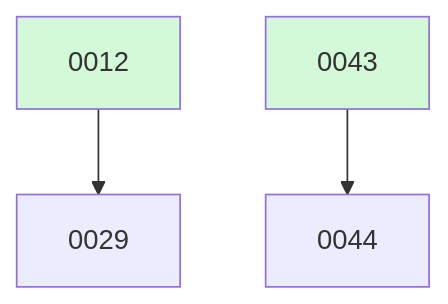
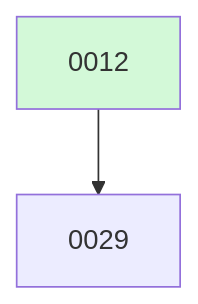
The diagram in docs/changes/BOARD.md (ethanhinson/fuse), drawn with Mermaid before and after one commit. The commit also changed other lines of this file, not shown here.

````diff
--- a/docs/changes/BOARD.md
+++ b/docs/changes/BOARD.md
@@ -17,8 +11,6 @@
 ```mermaid
 graph TD
   0012 --> 0029
-  0043 --> 0044
   0012:::done
-  0043:::done
   classDef done fill:#d3f9d8;
 ```
````
